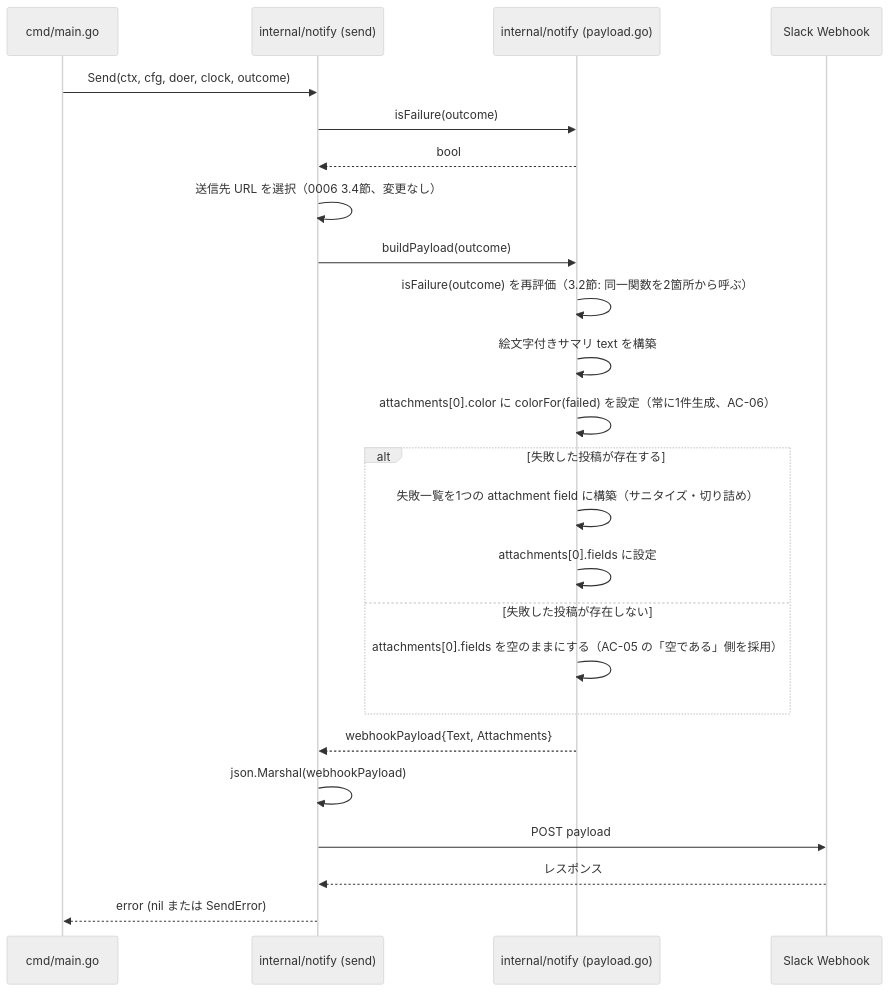
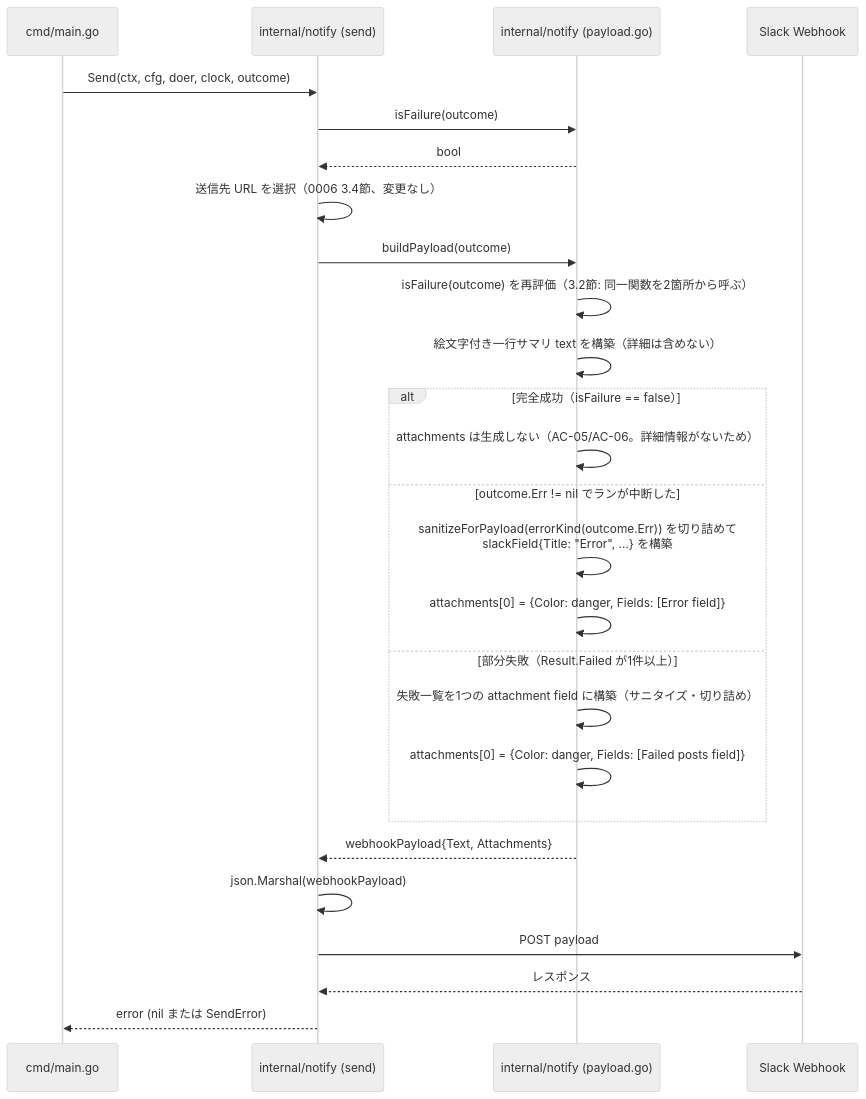
One commit to isseis/bsky-cleaner changed the third of 4 diagrams in docs/tasks/0012_slack_rich_formatting/02_architecture.md. Above: the diagram before and after it, drawn with Mermaid (neutral theme). The commit also changed other lines of this file and 5 other files, not shown here.

First line of the commit message:
fix(notify): omit empty color-only attachments and move error detail into structured fields

````diff
--- a/docs/tasks/0012_slack_rich_formatting/02_architecture.md
+++ b/docs/tasks/0012_slack_rich_formatting/02_architecture.md
@@ -108,27 +108,29 @@
 ```mermaid
 sequenceDiagram
     participant M as cmd/main.go
     participant N as internal/notify (send)
     participant B as internal/notify (payload.go)
     participant S as Slack Webhook
 
     M->>N: Send(ctx, cfg, doer, clock, outcome)
     N->>B: isFailure(outcome)
     B-->>N: bool
     N->>N: 送信先 URL を選択（0006 3.4節、変更なし）
     N->>B: buildPayload(outcome)
     B->>B: isFailure(outcome) を再評価（3.2節: 同一関数を2箇所から呼ぶ）
-    B->>B: 絵文字付きサマリ text を構築
-    B->>B: attachments[0].color に colorFor(failed) を設定（常に1件生成、AC-06）
-    alt 失敗した投稿が存在する
+    B->>B: 絵文字付き一行サマリ text を構築（詳細は含めない）
+    alt 完全成功（isFailure == false）
+        B->>B: attachments は生成しない（AC-05/AC-06。詳細情報がないため）
+    else outcome.Err != nil でランが中断した
+        B->>B: sanitizeForPayload(errorKind(outcome.Err)) を切り詰めて<br>slackField{Title: "Error", ...} を構築
+        B->>B: attachments[0] = {Color: danger, Fields: [Error field]}
+    else 部分失敗（Result.Failed が1件以上）
         B->>B: 失敗一覧を1つの attachment field に構築（サニタイズ・切り詰め）
-        B->>B: attachments[0].fields に設定
-    else 失敗した投稿が存在しない
-        B->>B: attachments[0].fields を空のままにする（AC-05 の「空である」側を採用）
+        B->>B: attachments[0] = {Color: danger, Fields: [Failed posts field]}
     end
     B-->>N: webhookPayload{Text, Attachments}
     N->>N: json.Marshal(webhookPayload)
     N->>S: POST payload
     S-->>N: レスポンス
     N-->>M: error (nil または SendError)
 ```
````
